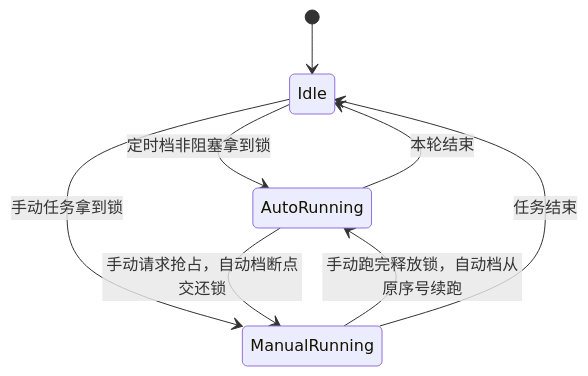
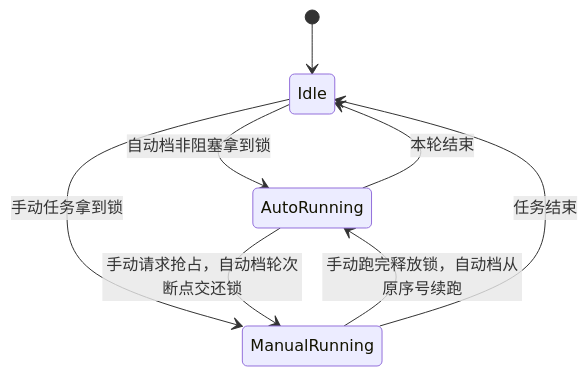
Before and after one commit to Mrslippe/DDToolkit: the third of 7 diagrams in docs/ARCHITECTURE.md, drawn with Mermaid. The commit also changed other lines of this file and 6 other files, not shown here.

````diff
--- a/docs/ARCHITECTURE.md
+++ b/docs/ARCHITECTURE.md
@@ -216,10 +221,10 @@
 ```mermaid
 stateDiagram-v2
   [*] --> Idle
-  Idle --> AutoRunning: 定时档非阻塞拿到锁
+  Idle --> AutoRunning: 自动档非阻塞拿到锁
   Idle --> ManualRunning: 手动任务拿到锁
-  AutoRunning --> ManualRunning: 手动请求抢占，自动档断点交还锁
+  AutoRunning --> ManualRunning: 手动请求抢占，自动档轮次断点交还锁
   ManualRunning --> AutoRunning: 手动跑完释放锁，自动档从原序号续跑
   AutoRunning --> Idle: 本轮结束
   ManualRunning --> Idle: 任务结束
 ```
````
